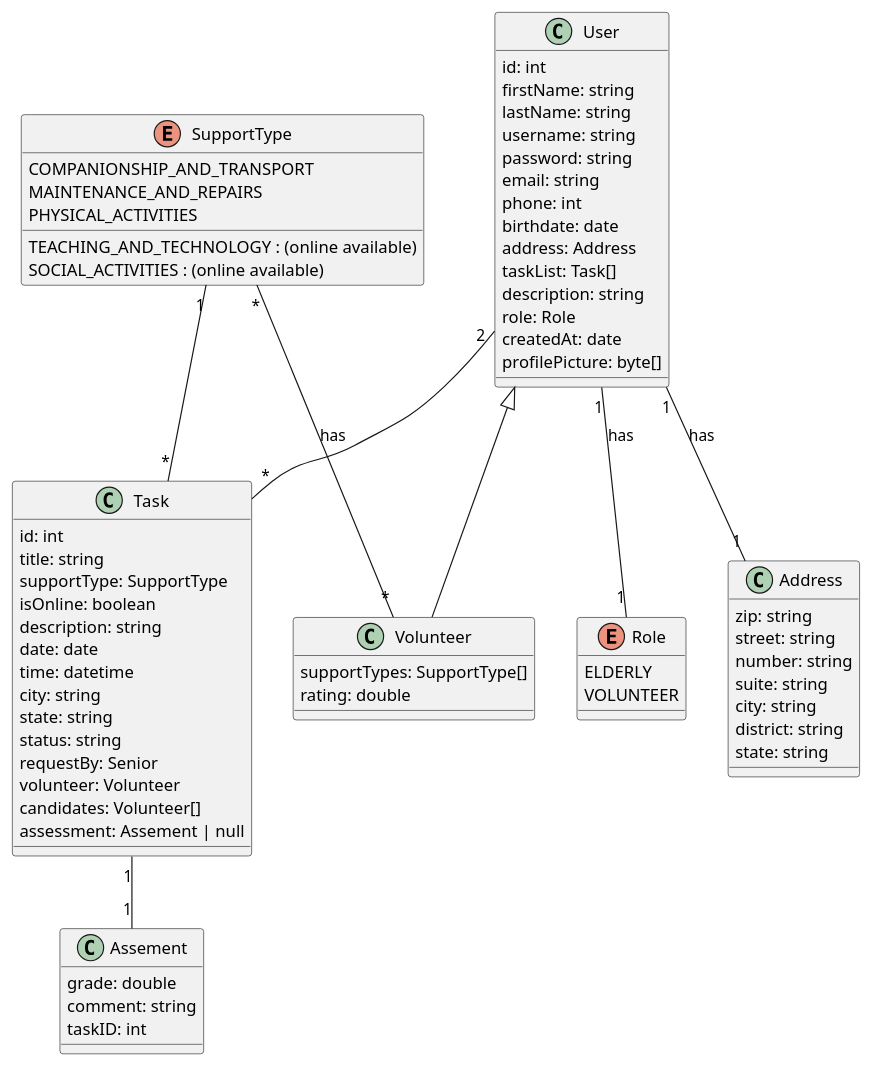
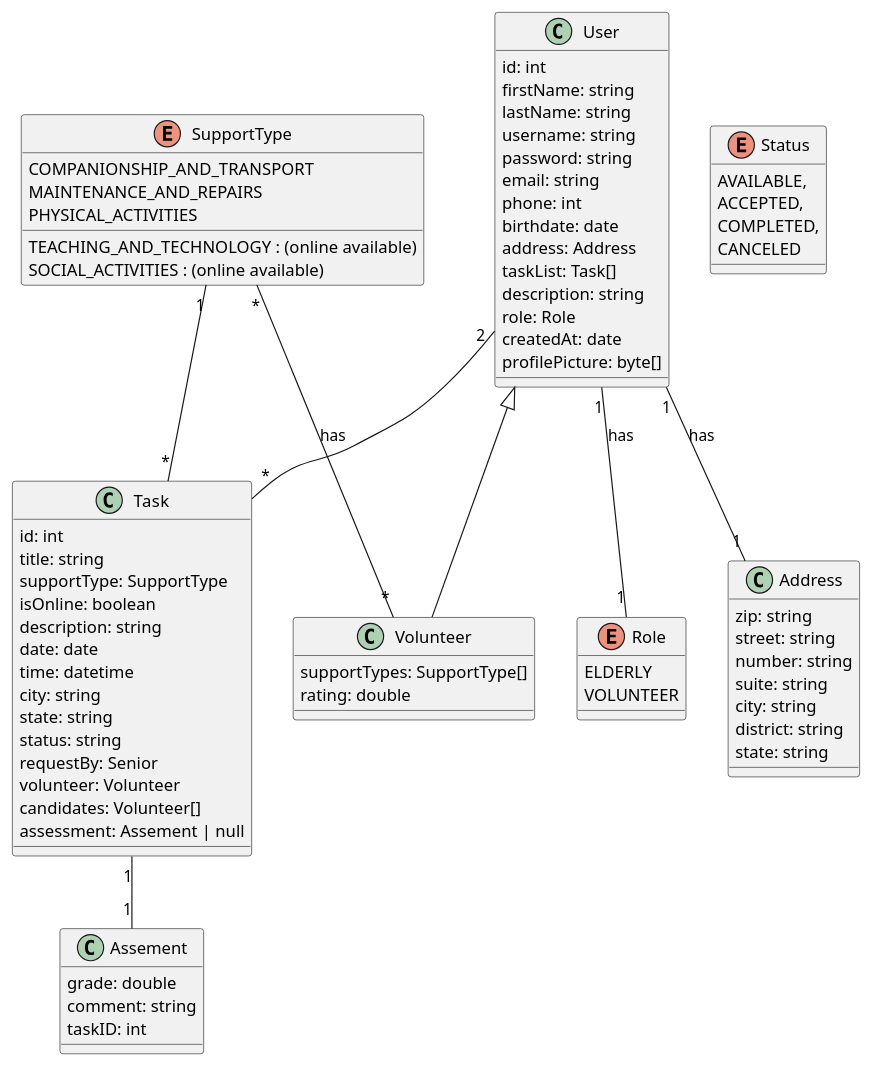
The diagram in Diagrama.puml (StartDB/db-desafio-rachel-gustavo), drawn with PlantUML before and after one commit.

```diff
--- a/Diagrama.puml
+++ b/Diagrama.puml
@@ -1,78 +1,85 @@
 @startuml
 class User {
   id: int
   firstName: string
   lastName: string
   username: string
   password: string
   email: string
   phone: int
   birthdate: date
   address: Address
   taskList: Task[]
   description: string
   role: Role
   createdAt: date
   profilePicture: byte[]
 }
 
 class Volunteer {
  supportTypes: SupportType[]
  rating: double
 }
 
 class Task {
   id: int
   title: string
   supportType: SupportType
   isOnline: boolean
   description: string
   date: date
   time: datetime
   city: string
   state: string
   status: string
   requestBy: Senior
   volunteer: Volunteer
   candidates: Volunteer[]
   assessment: Assement | null
 }
 
 class Address {
   zip: string
   street: string
   number: string
   suite: string
   city: string
   district: string
   state: string
 }
 
 class Assement {
   grade: double
   comment: string
   taskID: int
 } 
 
 enum Role {
   ELDERLY
   VOLUNTEER
 }
 
 enum SupportType {
   COMPANIONSHIP_AND_TRANSPORT
   MAINTENANCE_AND_REPAIRS
   TEACHING_AND_TECHNOLOGY : (online available)
   SOCIAL_ACTIVITIES : (online available)
   PHYSICAL_ACTIVITIES
 }
 
+enum Status {
+  AVAILABLE,
+  ACCEPTED,
+  COMPLETED,
+  CANCELED
+}
+
 Task "1" -- "1" Assement
 SupportType "1" -- "*" Task
 SupportType "*" -- "*" Volunteer : has
 User "2" -- "*" Task
 User "1" -- "1" Role : has
 User "1" -- "1" Address : has
 User <|-- Volunteer
 
 @enduml
```
